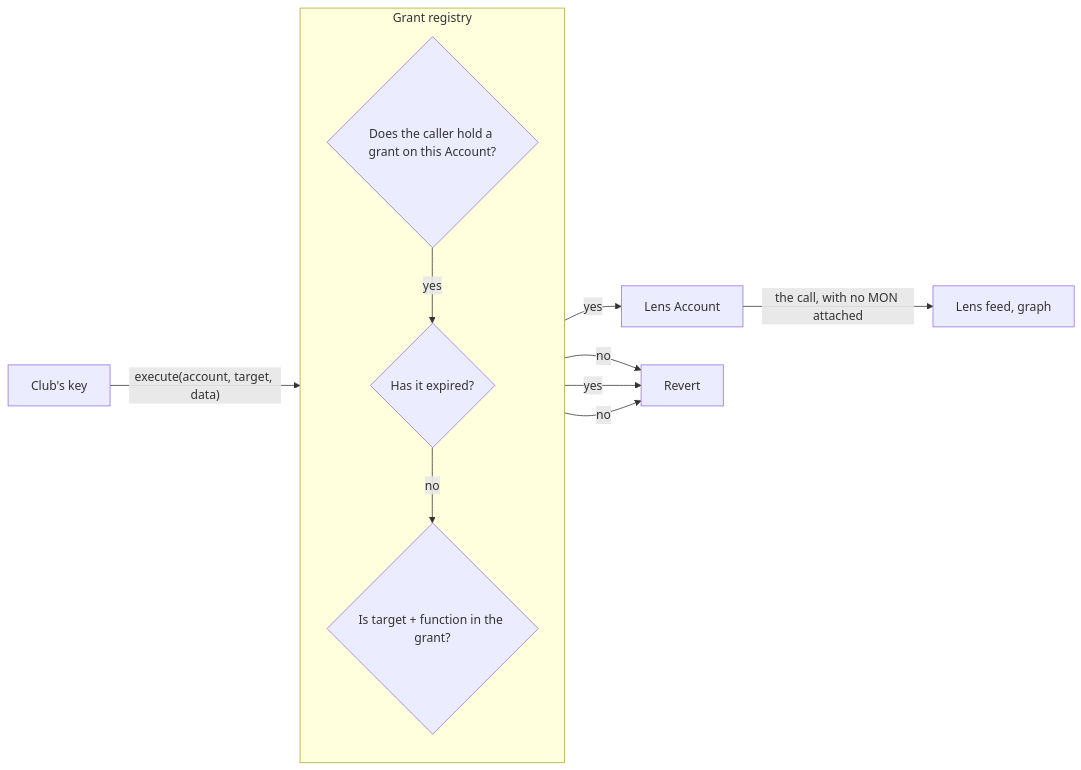
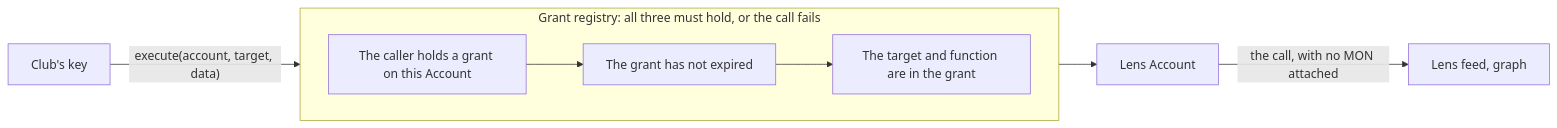
Before and after one commit to bensprks/community-passport: the first of 2 diagrams in docs/registry.md, drawn with Mermaid. The commit also changed 2 other files, not shown here.

Commit message:
docs: simplify the registry diagram and correct two statements

````diff
--- a/docs/registry.md
+++ b/docs/registry.md
@@ -13,17 +13,10 @@
 ```mermaid
 flowchart LR
-    club[Club's key] -- "execute(account, target, data)" --> registry
-    subgraph registry [Grant registry]
-        direction TB
-        c1{Does the caller hold a grant on this Account?}
-        c2{Has it expired?}
-        c3{Is target + function in the grant?}
-        c1 -- yes --> c2
-        c2 -- no --> c3
+    club[Club's key] -- "execute(account, target, data)" --> c1
+    subgraph registry [Grant registry: all three must hold, or the call fails]
+        direction LR
+        c1[The caller holds a grant on this Account] --> c2[The grant has not expired] --> c3[The target and function are in the grant]
     end
-    c3 -- yes --> account[Lens Account]
+    c3 --> account[Lens Account]
     account -- "the call, with no MON attached" --> target[Lens feed, graph]
-    c1 -- no --> x[Revert]
-    c2 -- yes --> x
-    c3 -- no --> x
 ```
````
